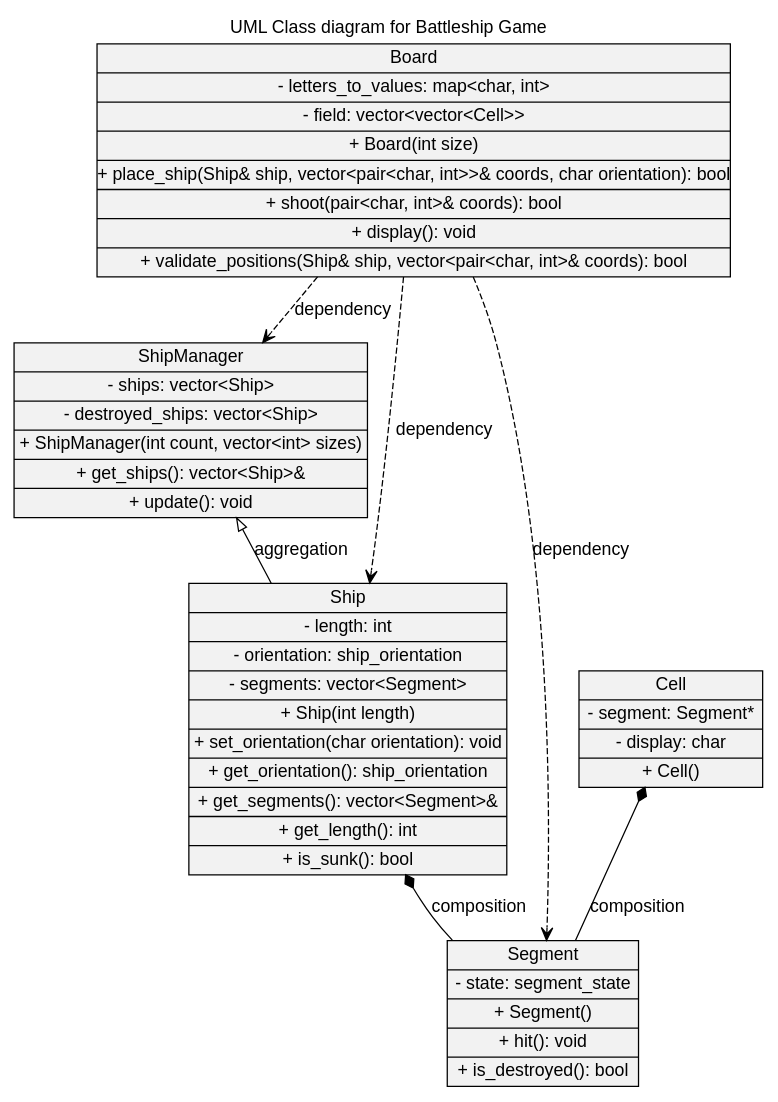
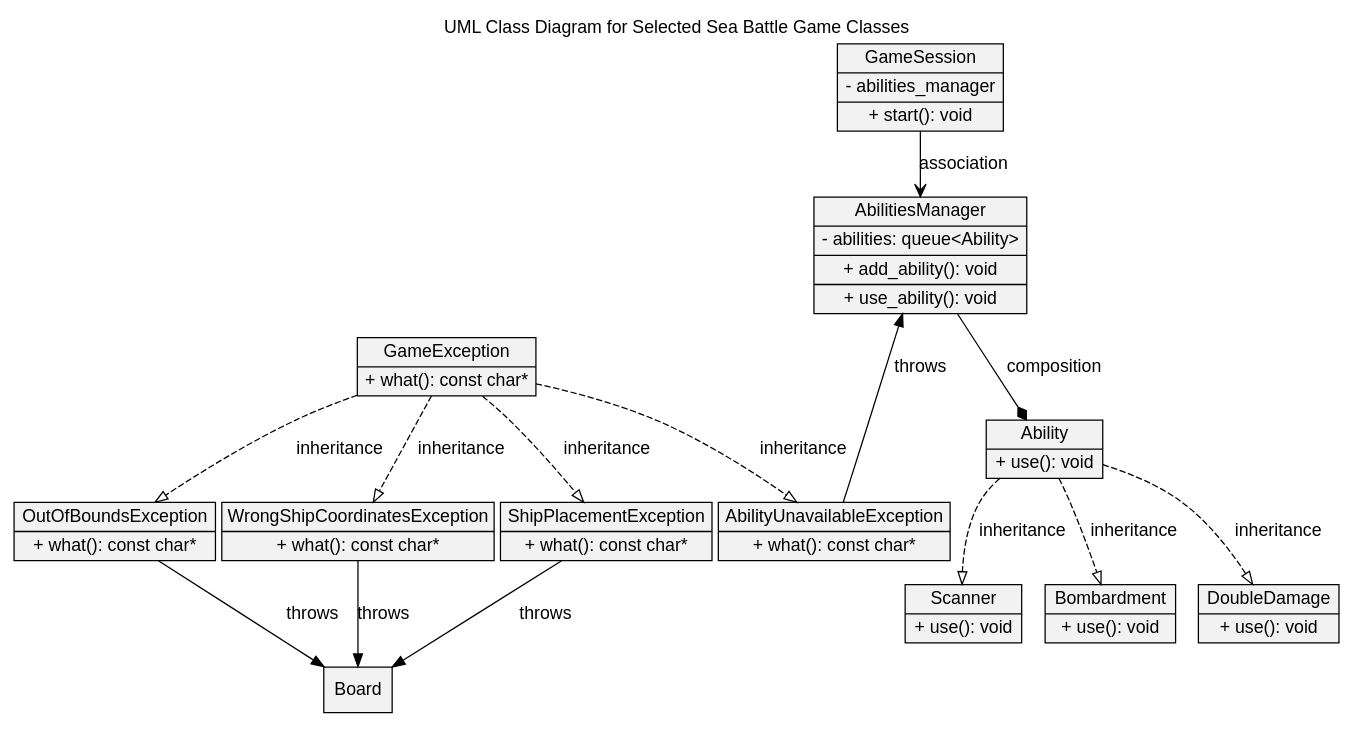
Before and after one commit to dqym/sea-battle: the diagram in sea_battle/uml.dot, drawn with Graphviz. The commit also changed 10 other files, not shown here.

```diff
--- a/sea_battle/uml.dot
+++ b/sea_battle/uml.dot
@@ -1,38 +1,49 @@
 digraph UML_Class_diagram {
     graph [
-    label="UML Class diagram for Battleship Game"
+    label="UML Class Diagram for Selected Sea Battle Game Classes"
     labelloc="t"
     fontname="Helvetica,Arial,sans-serif"
     rankdir=UD
     ]
     node [
     fontname="Helvetica,Arial,sans-serif"
     shape=record
     style=filled
     fillcolor=gray95
     ]
     edge [fontname="Helvetica,Arial,sans-serif"]
 
-    Board [label="{Board | - letters_to_values: map&lt;char, int&gt; | - field: vector&lt;vector&lt;Cell&gt;&gt; | + Board(int size) | + place_ship(Ship& ship, vector&lt;pair&lt;char, int&gt;&gt;& coords, char orientation): bool | + shoot(pair&lt;char, int&gt;& coords): bool | + display(): void | + validate_positions(Ship& ship, vector&lt;pair&lt;char, int&gt;& coords): bool}"]
+    Ability [label="{Ability | + use(): void}"]
+    DoubleDamage [label="{DoubleDamage | + use(): void}"]
+    Scanner [label="{Scanner | + use(): void}"]
+    Bombardment [label="{Bombardment | + use(): void}"]
 
-    Cell [label="{Cell | - segment: Segment* | - display: char | + Cell()}"]
+    AbilitiesManager [label="{AbilitiesManager | - abilities: queue\<Ability\> | + add_ability(): void | + use_ability(): void}"]
 
-    ShipManager [label="{ShipManager | - ships: vector&lt;Ship&gt; | - destroyed_ships: vector&lt;Ship&gt; | + ShipManager(int count, vector&lt;int&gt; sizes) | + get_ships(): vector&lt;Ship&gt;& | + update(): void}"]
+    GameException [label="{GameException | + what(): const char*}"]
+    AbilityUnavailableException [label="{AbilityUnavailableException | + what(): const char*}"]
+    ShipPlacementException [label="{ShipPlacementException | + what(): const char*}"]
+    OutOfBoundsException [label="{OutOfBoundsException | + what(): const char*}"]
+    WrongShipCoordinatesException [label="{WrongShipCoordinatesException | + what(): const char*}"]
 
-    Ship [label="{Ship | - length: int | - orientation: ship_orientation | - segments: vector&lt;Segment&gt; | + Ship(int length) | + set_orientation(char orientation): void | + get_orientation(): ship_orientation | + get_segments(): vector&lt;Segment&gt;& | + get_length(): int | + is_sunk(): bool}"]
+    GameSession [label="{GameSession | - abilities_manager | + start(): void}"]
 
-    Segment [label="{Segment | - state: segment_state | + Segment() | + hit(): void | + is_destroyed(): bool}"]
+    {rank = sink; Board; }
 
-    edge [arrowhead=vee style=dashed]
-    Board -> ShipManager [label="dependency"]
-    Board -> Ship [label="dependency"]
-    Board -> Segment [label="dependency"]
+    Ability -> DoubleDamage [label="inheritance" arrowhead=onormal style=dashed]
+    Ability -> Scanner [label="inheritance" arrowhead=onormal style=dashed]
+    Ability -> Bombardment [label="inheritance" arrowhead=onormal style=dashed]
 
-    edge [dir=back arrowtail=empty style=""]
-    ShipManager -> Ship [label="aggregation"]
+    AbilitiesManager -> Ability [label="composition" arrowhead=diamond]
 
-    edge [dir=back arrowtail=diamond]
-    Ship -> Segment [label="composition"]
+    GameException -> AbilityUnavailableException [label="inheritance" arrowhead=onormal style=dashed]
+    GameException -> ShipPlacementException [label="inheritance" arrowhead=onormal style=dashed]
+    GameException -> OutOfBoundsException [label="inheritance" arrowhead=onormal style=dashed]
+    GameException -> WrongShipCoordinatesException [label="inheritance" arrowhead=onormal style=dashed]
 
-    Cell -> Segment [label="composition"]
+    GameSession -> AbilitiesManager [label="association" arrowhead=open]
+    AbilitiesManager -> AbilityUnavailableException [label="throws" dir=back arrowtail=normal]
+    Board -> ShipPlacementException [label="throws" dir=back arrowtail=normal]
+    Board -> OutOfBoundsException [label="throws" dir=back arrowtail=normal]
+    Board -> WrongShipCoordinatesException [label="throws" dir=back arrowtail=normal]
 }
```
